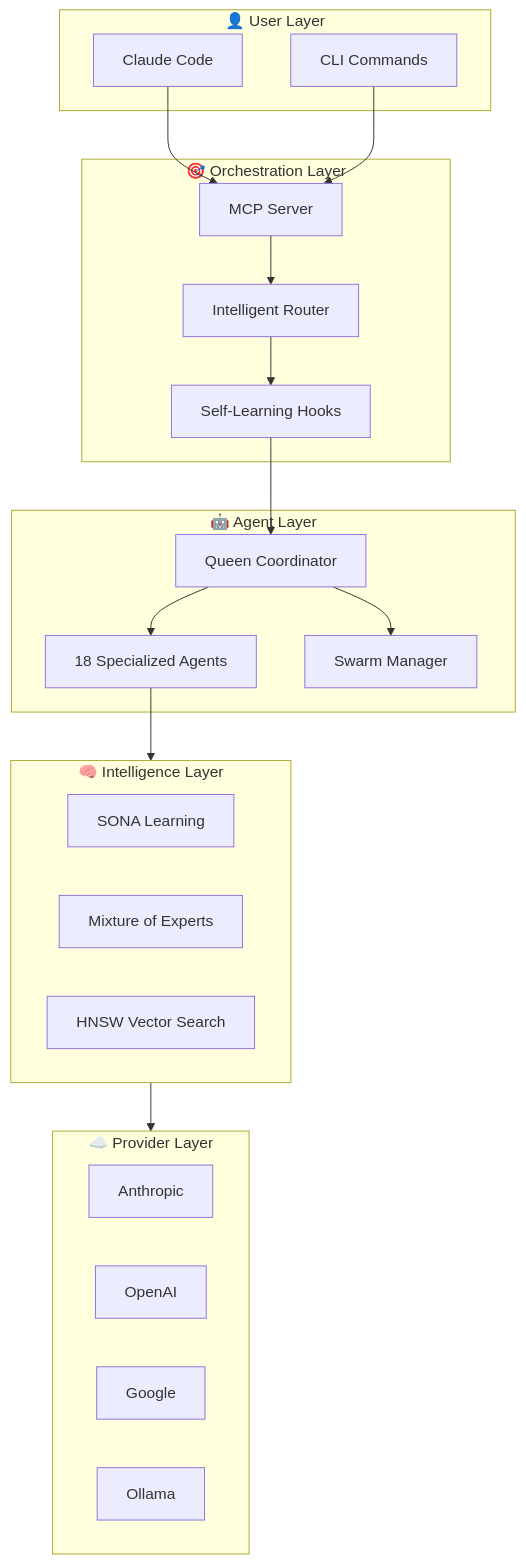
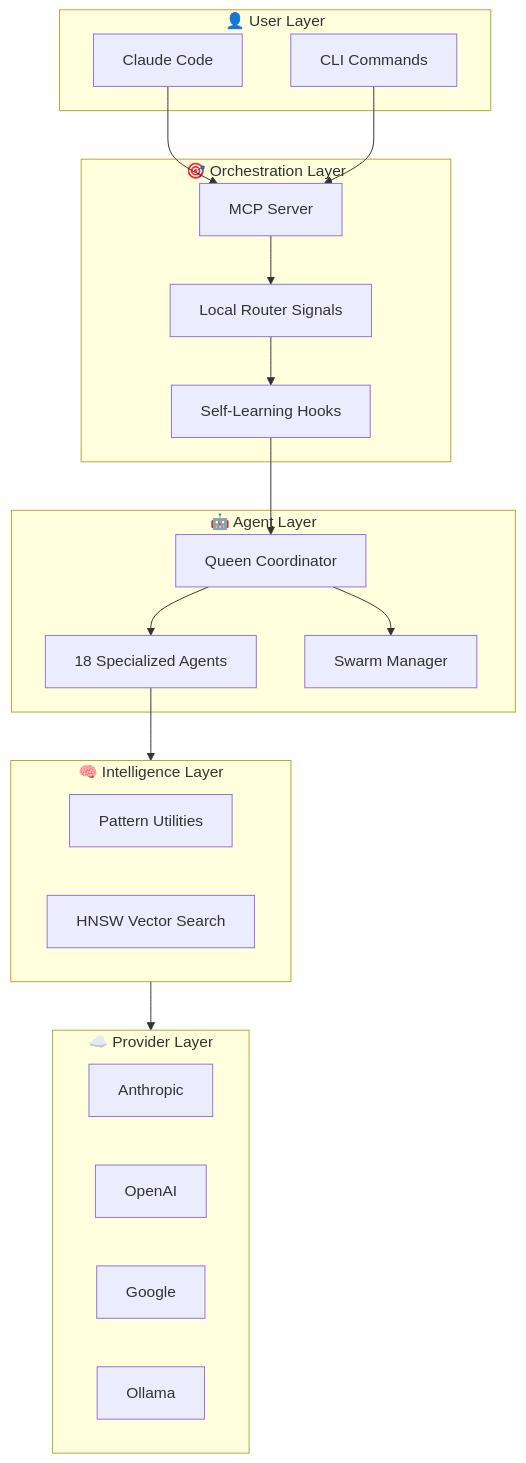
One commit to hypnwtykvmpr/hive-flow changed the second of 6 diagrams in v3/@hive-flow/cli/README.md. Above: the diagram before and after it, drawn with Mermaid. The commit also changed other lines of this file and 15 other files, not shown here.

````diff
--- a/v3/@hive-flow/cli/README.md
+++ b/v3/@hive-flow/cli/README.md
@@ -854,42 +852,42 @@
 ```mermaid
 flowchart TB
     subgraph User["👤 User Layer"]
         CC[Claude Code]
         CLI[CLI Commands]
     end
 
     subgraph Orchestration["🎯 Orchestration Layer"]
         MCP[MCP Server]
         Router[Intelligent Router]
         Hooks[Self-Learning Hooks]
     end
 
     subgraph Agents["🤖 Agent Layer"]
         Queen[Queen Coordinator]
         Workers[18 Specialized Agents]
         Swarm[Swarm Manager]
     end
 
     subgraph Intelligence["🧠 Intelligence Layer"]
-        SONA[SONA Learning]
-        MoE[Mixture of Experts]
+        Pattern[Pattern Utilities]
+        Router[Local Router Signals]
         HNSW[HNSW Vector Search]
     end
 
     subgraph Providers["☁️ Provider Layer"]
         Anthropic[Anthropic]
         OpenAI[OpenAI]
         Google[Google]
         Ollama[Ollama]
     end
 
     CC --> MCP
     CLI --> MCP
     MCP --> Router
     Router --> Hooks
     Hooks --> Queen
     Queen --> Workers
     Queen --> Swarm
     Workers --> Intelligence
     Intelligence --> Providers
 ```
````
